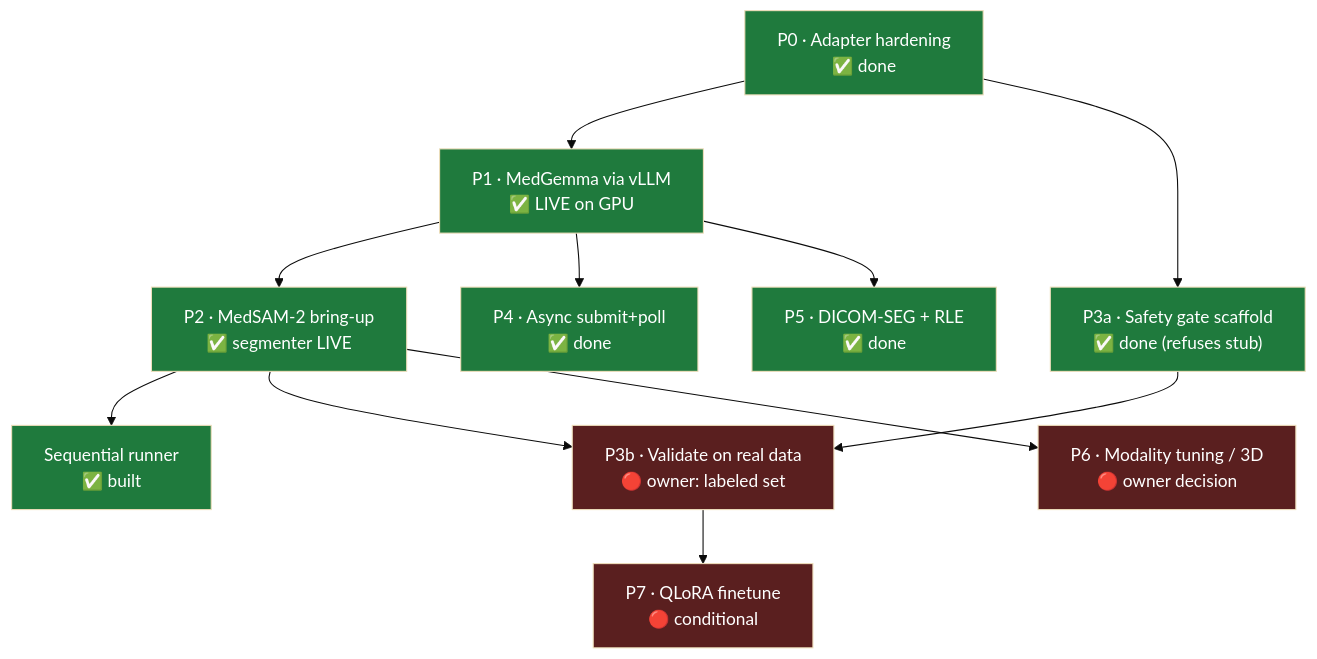
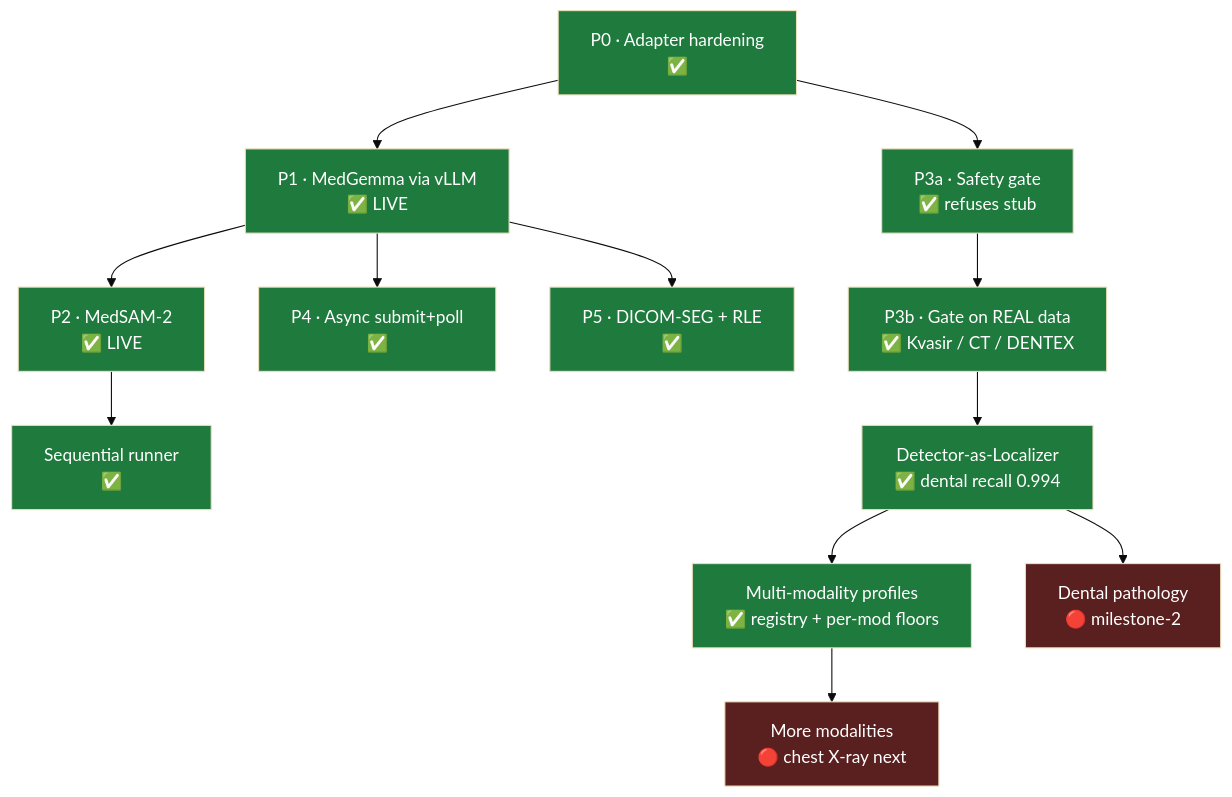
One commit to Akim-m/anotmed changed the fifth of 6 diagrams in ARCHITECTURE.md. Above: the diagram before and after it, drawn with Mermaid (base theme). The commit also changed other lines of this file and 2 other files, not shown here.

Commit message:
Polish 4/7: docs refresh — detector backend, modalities, memory rules
README: new "Detector backend & modalities" section (ANOTMED_BACKEND=detector+medsam,
ANOTMED_MODALITY, the profile registry, the dental recall-0.994 result, research-only
license note) + a "Memory (tight-GPU rule)" section (>=1 GiB free VRAM+RAM, sequential).
ARCHITECTURE roadmap + the rendered artifact (same URL) now show P3b done on real data,
the detector-as-Localizer pivot, and multi-modality profiles. 132 tests green.

Claude-Session: https://claude.ai/code/session_015MUcMDx3o8opoBQZA85hyc

````diff
--- a/ARCHITECTURE.md
+++ b/ARCHITECTURE.md
@@ -137,18 +137,19 @@
 ```mermaid
 flowchart TD
-    P0["P0 · Adapter hardening<br/>✅ done"] --> P1["P1 · MedGemma via vLLM<br/>✅ LIVE on GPU"]
-    P1 --> P2["P2 · MedSAM-2 bring-up<br/>✅ segmenter LIVE"]
-    P0 --> P3a["P3a · Safety gate scaffold<br/>✅ done (refuses stub)"]
-    P1 --> P4["P4 · Async submit+poll<br/>✅ done"]
-    P1 --> P5["P5 · DICOM-SEG + RLE<br/>✅ done"]
-    P2 --> SEQ["Sequential runner<br/>✅ built"]
-    P2 --> P3b["P3b · Validate on real data<br/>🔴 owner: labeled set"]
-    P3a --> P3b
-    P3b --> P7["P7 · QLoRA finetune<br/>🔴 conditional"]
-    P2 --> P6["P6 · Modality tuning / 3D<br/>🔴 owner decision"]
+    P0["P0 · Adapter hardening<br/>✅"] --> P1["P1 · MedGemma via vLLM<br/>✅ LIVE"]
+    P1 --> P2["P2 · MedSAM-2<br/>✅ LIVE"]
+    P0 --> P3a["P3a · Safety gate<br/>✅ refuses stub"]
+    P1 --> P4["P4 · Async submit+poll<br/>✅"]
+    P1 --> P5["P5 · DICOM-SEG + RLE<br/>✅"]
+    P2 --> SEQ["Sequential runner<br/>✅"]
+    P3a --> P3b["P3b · Gate on REAL data<br/>✅ Kvasir / CT / DENTEX"]
+    P3b --> DET["Detector-as-Localizer<br/>✅ dental recall 0.994"]
+    DET --> MM["Multi-modality profiles<br/>✅ registry + per-mod floors"]
+    MM --> MOD["More modalities<br/>🔴 chest X-ray next"]
+    DET --> PATH["Dental pathology<br/>🔴 milestone-2"]
 
     classDef done fill:#1f7a3d,color:#fff;
     classDef gated fill:#5a1f1f,color:#fff;
-    class P0,P1,P2,P3a,P4,P5,SEQ done;
-    class P3b,P6,P7 gated;
+    class P0,P1,P2,P3a,P4,P5,SEQ,P3b,DET,MM done;
+    class MOD,PATH gated;
 ```
````
